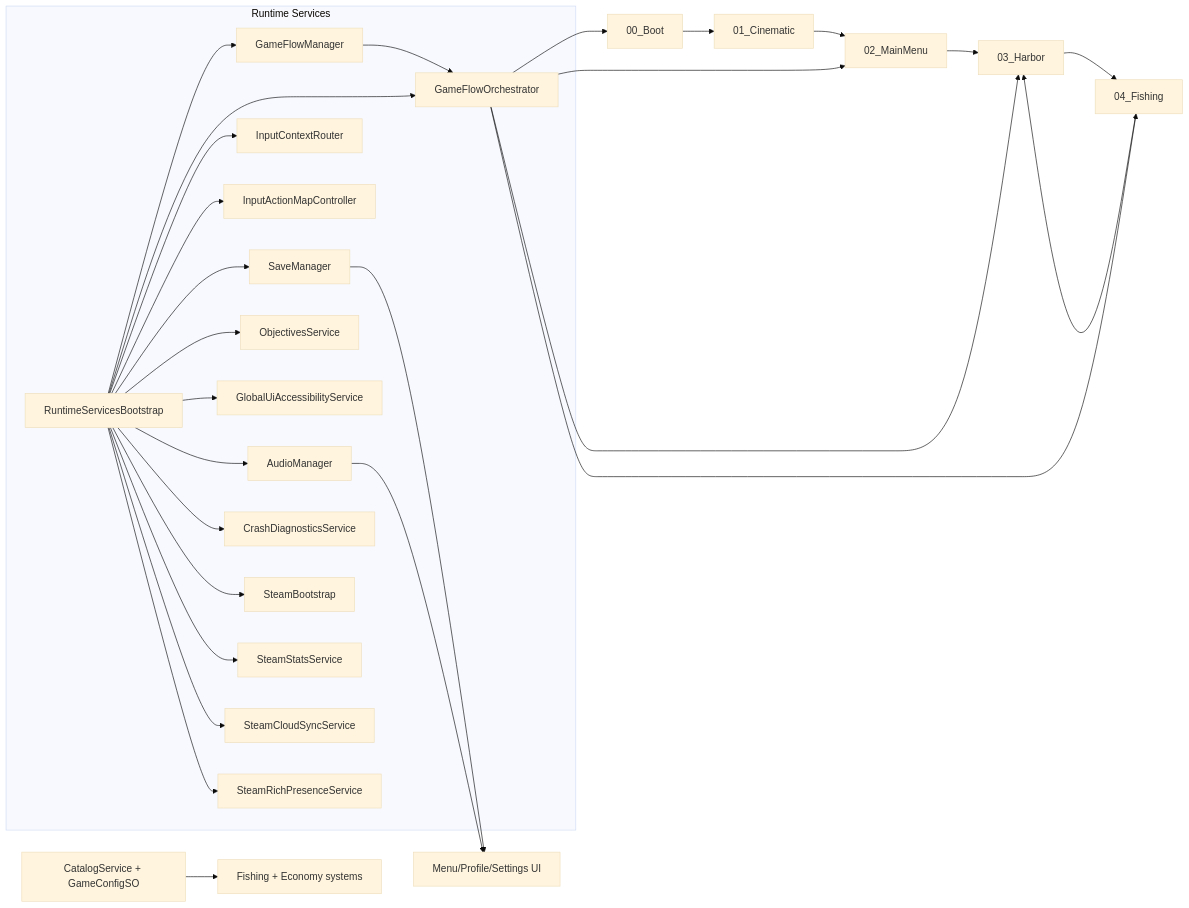
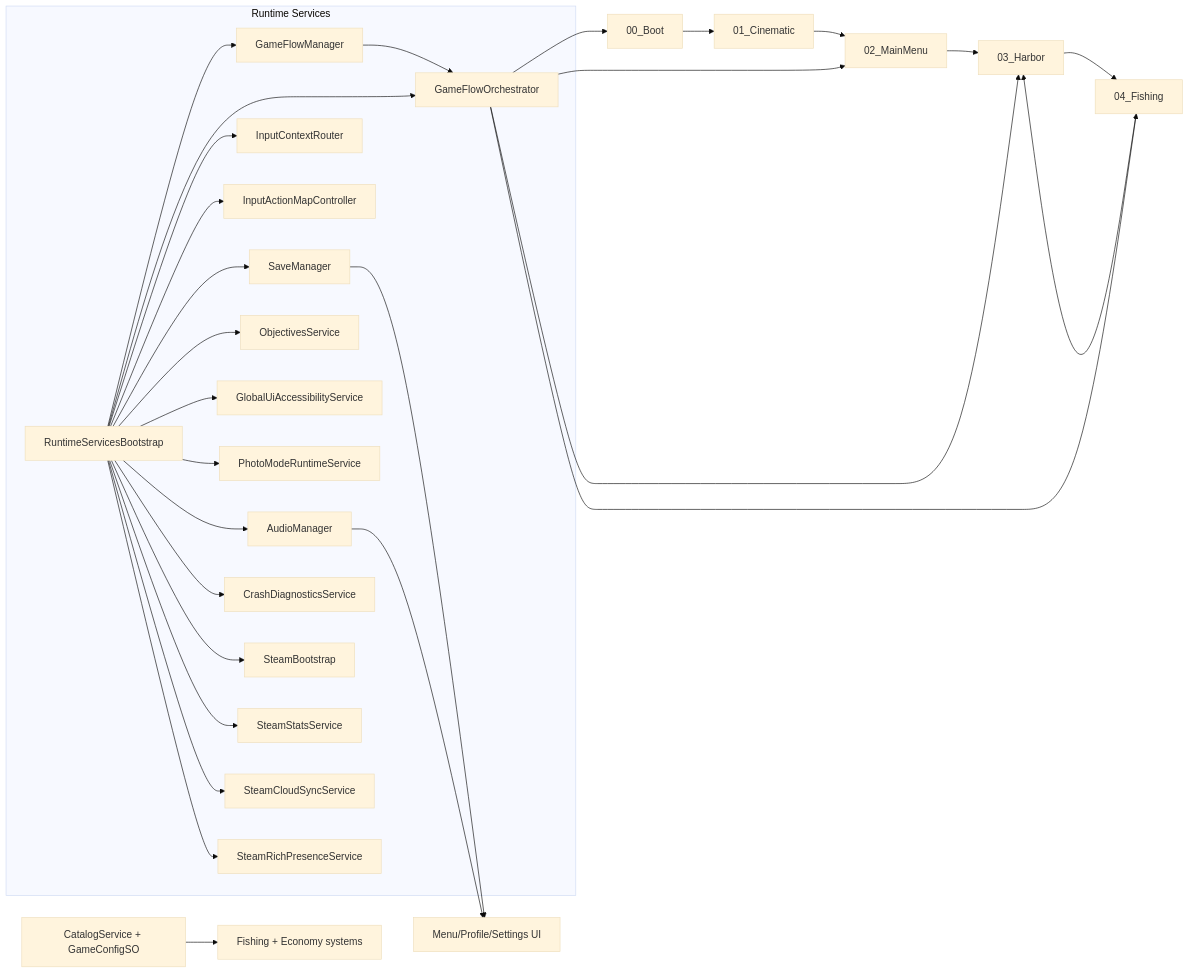
Before and after one commit to raven-dev-ops/Unity_Fishing_Steam_Game: the diagram in docs/ARCHITECTURE.md, drawn with Mermaid (base theme). The commit also changed other lines of this file and 17 other files, not shown here.

Commit message:
Close #123 #126 #150 #151: addressables pilot, import standards, photo mode, and mod strategy

````diff
--- a/docs/ARCHITECTURE.md
+++ b/docs/ARCHITECTURE.md
@@ -3,49 +3,51 @@
 ```mermaid
 flowchart LR
   Boot[00_Boot] --> Cinematic[01_Cinematic]
   Cinematic --> MainMenu[02_MainMenu]
   MainMenu --> Harbor[03_Harbor]
   Harbor --> Fishing[04_Fishing]
   Fishing --> Harbor
 
   subgraph Runtime Services
     GS[RuntimeServicesBootstrap]
     GFM[GameFlowManager]
     GFO[GameFlowOrchestrator]
     ICR[InputContextRouter]
     IAMC[InputActionMapController]
     SM[SaveManager]
     OBJ[ObjectivesService]
     UAS[GlobalUiAccessibilityService]
+    PMS[PhotoModeRuntimeService]
     AM[AudioManager]
     CR[CrashDiagnosticsService]
     ST[SteamBootstrap]
     SS[SteamStatsService]
     SC[SteamCloudSyncService]
     SR[SteamRichPresenceService]
   end
 
   GS --> GFM
   GS --> GFO
   GS --> ICR
   GS --> IAMC
   GS --> SM
   GS --> OBJ
   GS --> UAS
+  GS --> PMS
   GS --> AM
   GS --> CR
   GS --> ST
   GS --> SS
   GS --> SC
   GS --> SR
 
   GFM --> GFO
   GFO --> Boot
   GFO --> MainMenu
   GFO --> Harbor
   GFO --> Fishing
 
   Catalog[CatalogService + GameConfigSO] --> FishingSystems[Fishing + Economy systems]
   SM --> UISystems[Menu/Profile/Settings UI]
   AM --> UISystems
 ```
````
